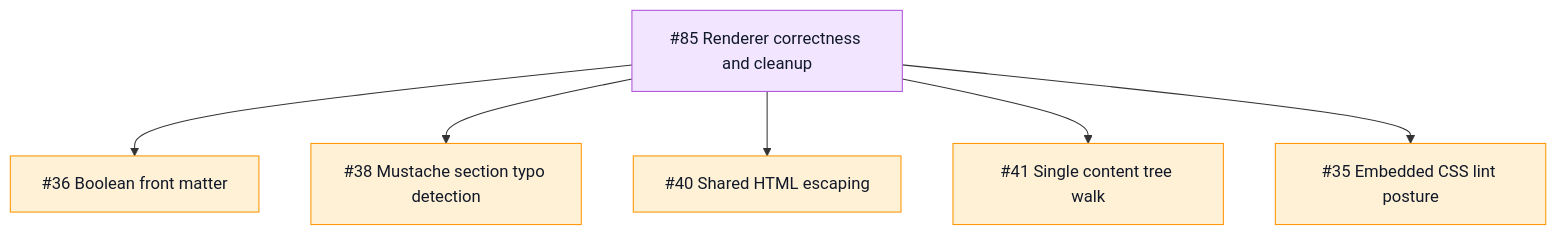
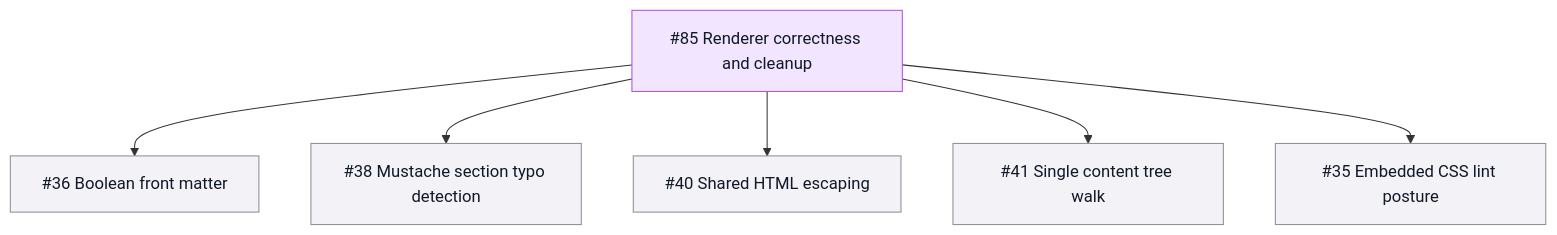
The eighth of 9 diagrams in README.md (TileDown/tile-down), drawn with Mermaid before and after one commit. The commit also changed other lines of this file, not shown here.

Commit message:
docs(readme): distinguish review roadmap state

````diff
--- a/README.md
+++ b/README.md
@@ -162,12 +164,12 @@
 ```mermaid
 flowchart TD
   Epic["#85 Renderer correctness and cleanup"]:::epic
   Epic --> BooleanFM["#36 Boolean front matter"]:::todo
   Epic --> Mustache["#38 Mustache section typo detection"]:::todo
   Epic --> Escaping["#40 Shared HTML escaping"]:::todo
   Epic --> ContentWalk["#41 Single content tree walk"]:::todo
   Epic --> CSSLint["#35 Embedded CSS lint posture"]:::todo
 
   classDef epic fill:#f2e5ff,stroke:#af52de,color:#111827
-  classDef todo fill:#fff1d6,stroke:#ff9500,color:#111827
+  classDef todo fill:#f2f2f7,stroke:#8e8e93,color:#111827
 ```
````
